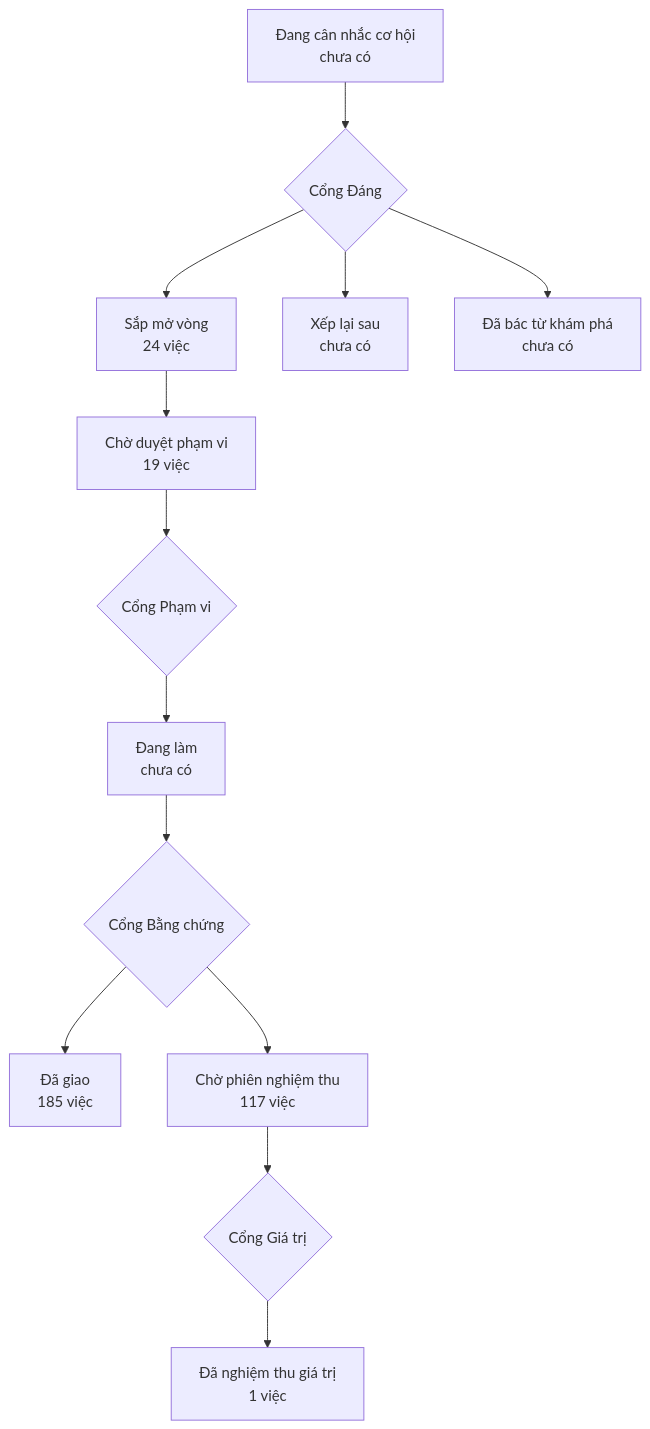
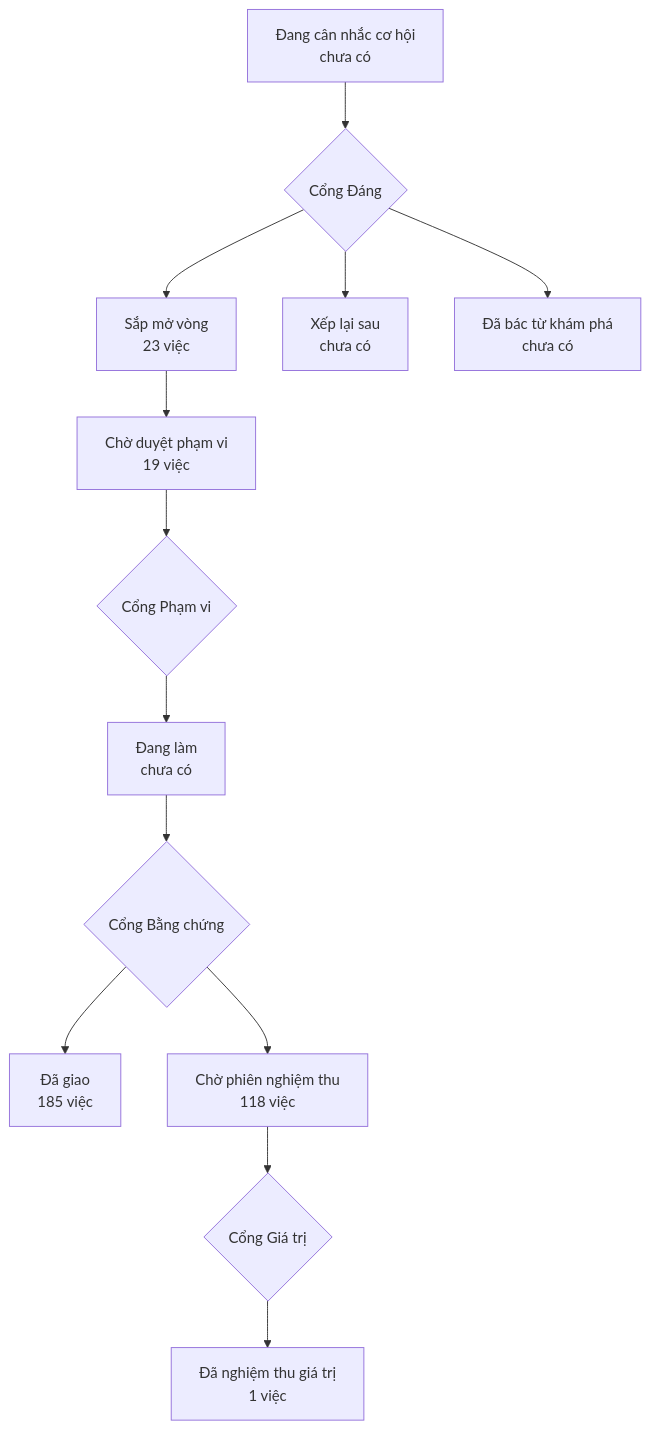
The diagram in PRODUCT-MAP.md (phanlemanh/onehub-invest), drawn with Mermaid before and after one commit. The commit also changed 36 other files, not shown here.

````diff
--- a/PRODUCT-MAP.md
+++ b/PRODUCT-MAP.md
@@ -7,12 +7,12 @@
 ```mermaid
 flowchart TD
   A["Đang cân nhắc cơ hội<br/>chưa có"] --> GD{"Cổng Đáng"}
-  GD --> B["Sắp mở vòng<br/>24 việc"]
+  GD --> B["Sắp mở vòng<br/>23 việc"]
   GD --> XL["Xếp lại sau<br/>chưa có"]
   GD --> DB["Đã bác từ khám phá<br/>chưa có"]
   B --> CD["Chờ duyệt phạm vi<br/>19 việc"] --> GP{"Cổng Phạm vi"}
   GP --> DL["Đang làm<br/>chưa có"] --> GB{"Cổng Bằng chứng"}
   GB --> DG["Đã giao<br/>185 việc"]
-  GB --> CN["Chờ phiên nghiệm thu<br/>117 việc"] --> GG{"Cổng Giá trị"}
+  GB --> CN["Chờ phiên nghiệm thu<br/>118 việc"] --> GG{"Cổng Giá trị"}
   GG --> NT["Đã nghiệm thu giá trị<br/>1 việc"]
 ```
````
